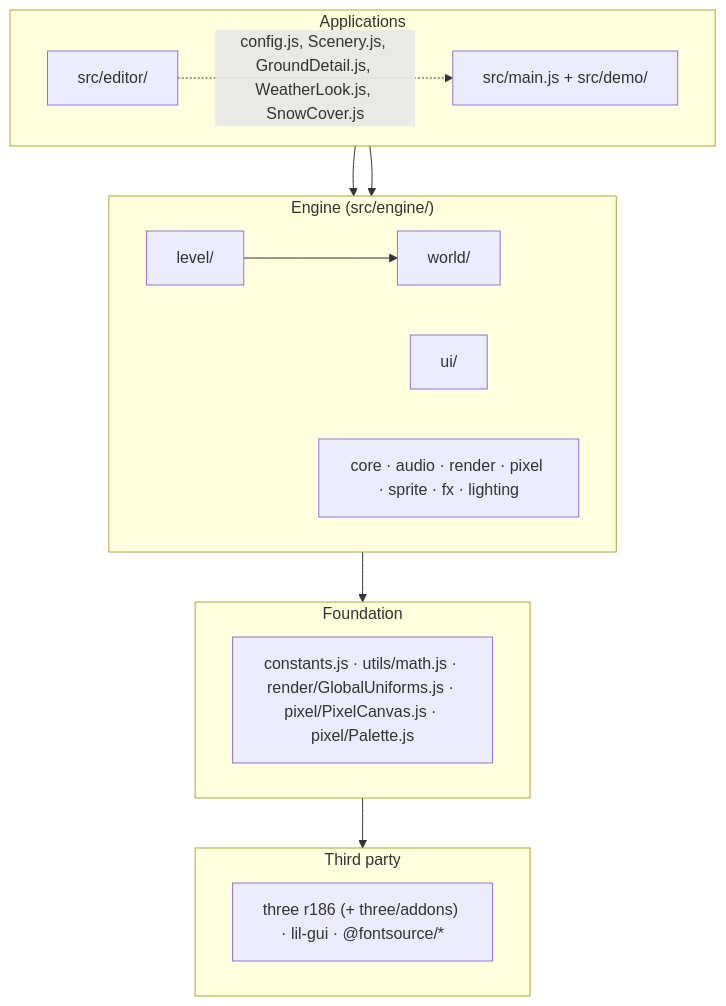
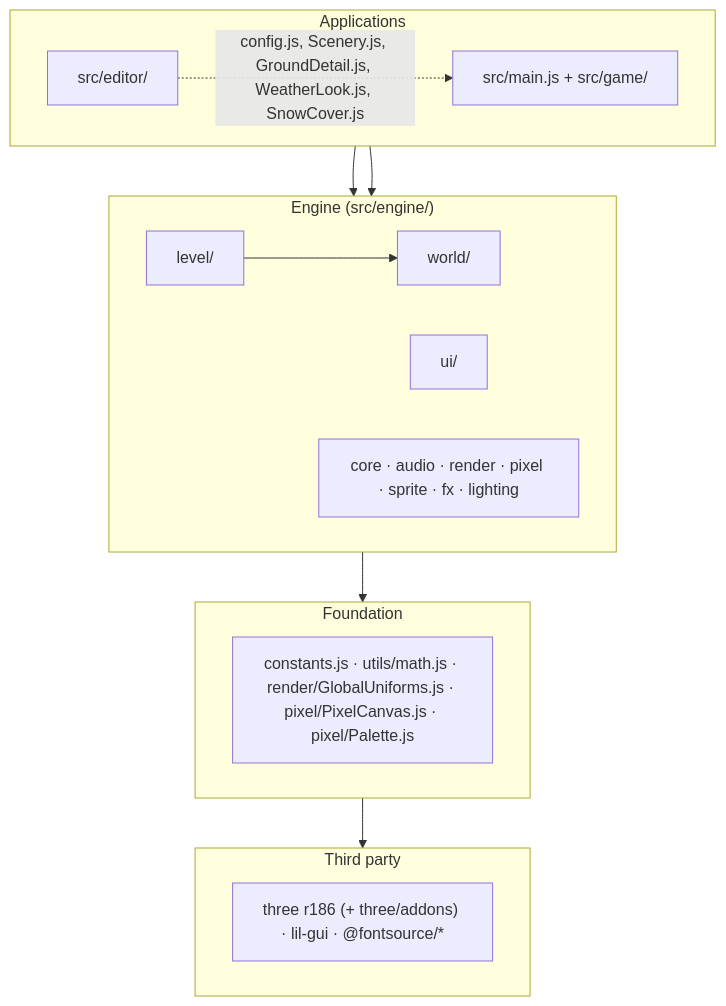
Before and after one commit to Leemonztuff/SoulDolls-Lumina: the second of 7 diagrams in docs/architecture/OVERVIEW.md, drawn with Mermaid. The commit also changed other lines of this file and 586 other files, not shown here.

````diff
--- a/docs/architecture/OVERVIEW.md
+++ b/docs/architecture/OVERVIEW.md
@@ -107,26 +121,26 @@
 ```mermaid
 flowchart TB
   subgraph L3["Applications"]
     direction LR
-    GAME["src/main.js + src/demo/"]
+    GAME["src/main.js + src/game/"]
     EDITOR["src/editor/"]
   end
   subgraph L2["Engine (src/engine/)"]
     direction LR
     LEVEL["level/"] --> WORLD["world/"]
     UI["ui/"]
     OTHERS["core · audio · render · pixel · sprite · fx · lighting"]
   end
   subgraph L1["Foundation"]
     direction LR
     F["constants.js · utils/math.js · render/GlobalUniforms.js · pixel/PixelCanvas.js · pixel/Palette.js"]
   end
   subgraph L0["Third party"]
     direction LR
     T["three r186 (+ three/addons) · lil-gui · @fontsource/*"]
   end
   GAME --> L2
   EDITOR --> L2
   EDITOR -. "config.js, Scenery.js, GroundDetail.js, WeatherLook.js, SnowCover.js" .-> GAME
   L2 --> L1 --> L0
 ```
````
